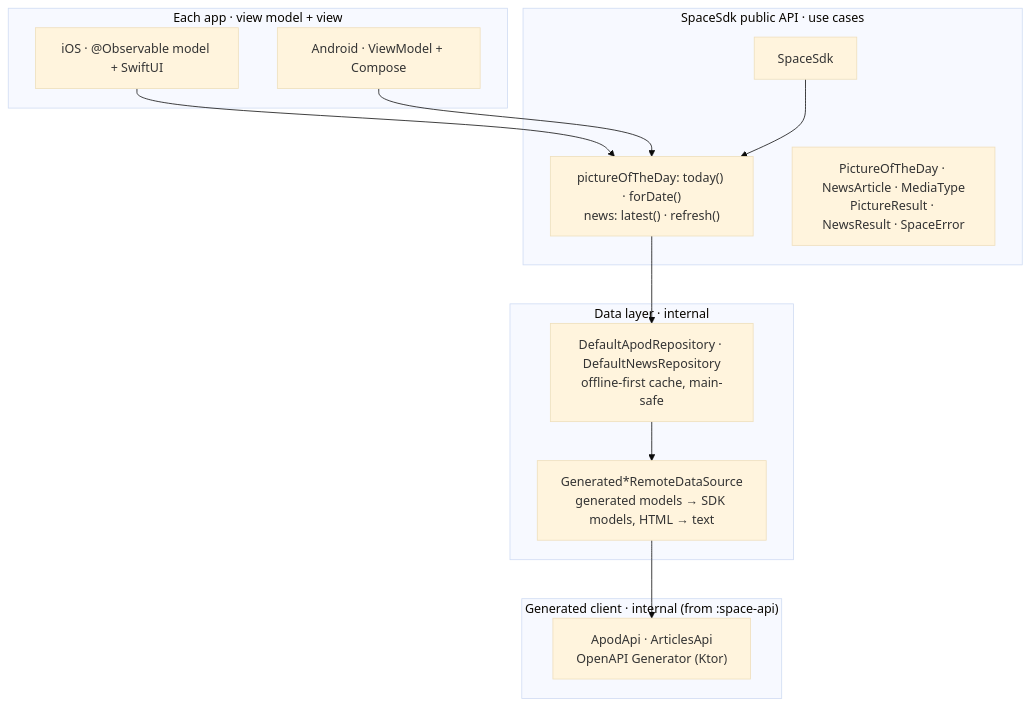
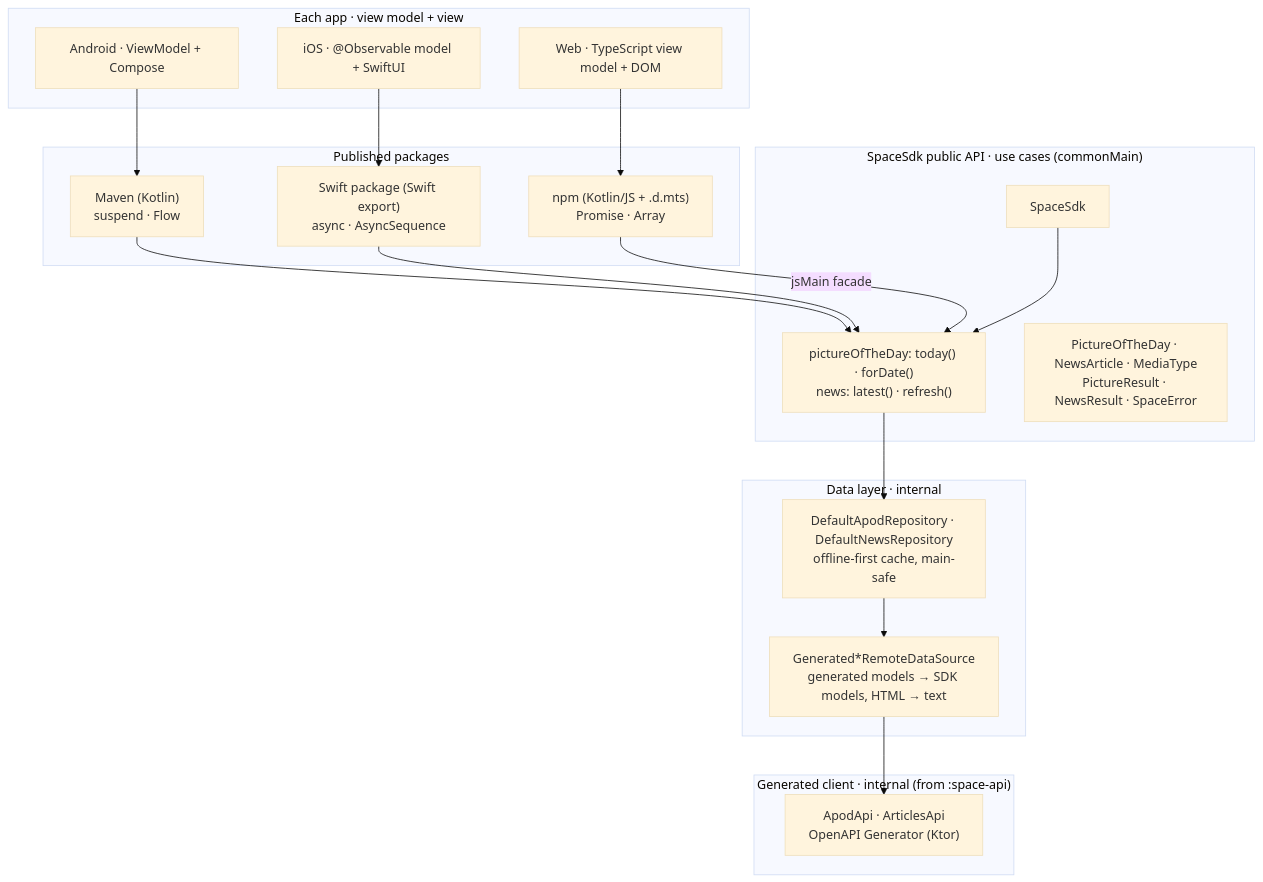
One commit to bdiesel/kmp-spm changed the third of 3 diagrams in README.md. Above: the diagram before and after it, drawn with Mermaid (base theme). The commit also changed other lines of this file, not shown here.

Commit message:
README: layers diagram shows all three platforms; explain Kotlin/JS vs Wasm

````diff
--- a/README.md
+++ b/README.md
@@ -361,26 +365,34 @@
 ```mermaid
 flowchart TB
     subgraph apps["Each app · view model + view"]
+        Compose["Android · ViewModel + Compose"]
         Swift["iOS · @Observable model + SwiftUI"]
-        Compose["Android · ViewModel + Compose"]
+        Web["Web · TypeScript view model + DOM"]
     end
 
-    subgraph public["SpaceSdk public API · use cases"]
+    subgraph packages["Published packages"]
+        Maven["Maven (Kotlin)<br/>suspend · Flow"]
+        SPM["Swift package (Swift export)<br/>async · AsyncSequence"]
+        Npm["npm (Kotlin/JS + .d.mts)<br/>Promise · Array"]
+    end
+
+    subgraph public["SpaceSdk public API · use cases (commonMain)"]
         SDK["SpaceSdk"]
         UC["pictureOfTheDay: today() · forDate()<br/>news: latest() · refresh()"]
         Models["PictureOfTheDay · NewsArticle · MediaType<br/>PictureResult · NewsResult · SpaceError"]
     end
 
     subgraph data["Data layer · internal"]
         Repo["DefaultApodRepository · DefaultNewsRepository<br/>offline-first cache, main-safe"]
         Remote["Generated*RemoteDataSource<br/>generated models → SDK models, HTML → text"]
     end
 
     subgraph api["Generated client · internal (from :space-api)"]
         Gen["ApodApi · ArticlesApi<br/>OpenAPI Generator (Ktor)"]
     end
 
-    Swift --> UC
-    Compose --> UC
+    Compose --> Maven --> UC
+    Swift --> SPM --> UC
+    Web --> Npm -- "jsMain facade" --> UC
     SDK --> UC --> Repo --> Remote --> Gen
 ```
````
